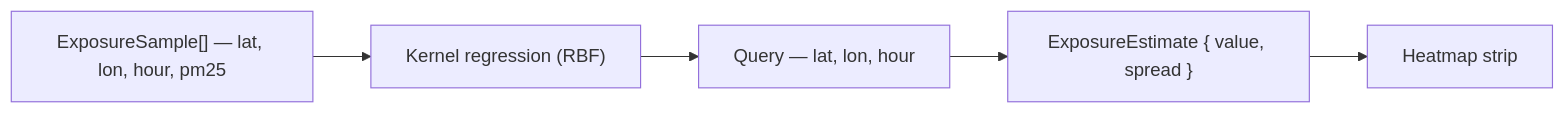
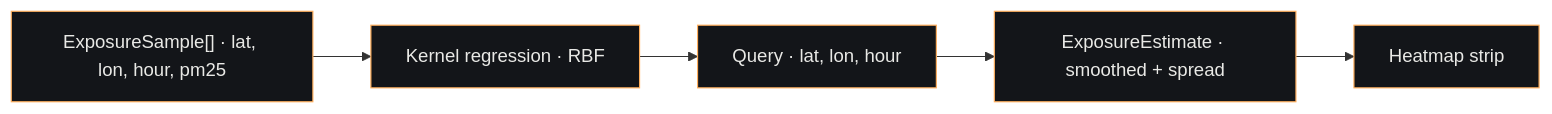
One commit to Shikhyy/Saans changed the third of 3 diagrams in README.md. Above: the diagram before and after it, drawn with Mermaid. The commit also changed other lines of this file, not shown here.

Commit message:
docs: refined mermaid diagrams and delivery polish

````diff
--- a/README.md
+++ b/README.md
@@ -105,7 +111,9 @@
 ```mermaid
 flowchart LR
-    S["ExposureSample[] — lat, lon, hour, pm25"] --> K["Kernel regression (RBF)"]
-    K --> Q["Query — lat, lon, hour"]
-    Q --> E["ExposureEstimate { value, spread }"]
+    classDef saans fill:#131519,stroke:#ffae5c,color:#e9e9e6
+    S["ExposureSample[] · lat, lon, hour, pm25"] --> K["Kernel regression · RBF"]
+    K --> Q["Query · lat, lon, hour"]
+    Q --> E["ExposureEstimate · smoothed + spread"]
     E --> H["Heatmap strip"]
+    class S,K,Q,E,H saans
 ```
````
